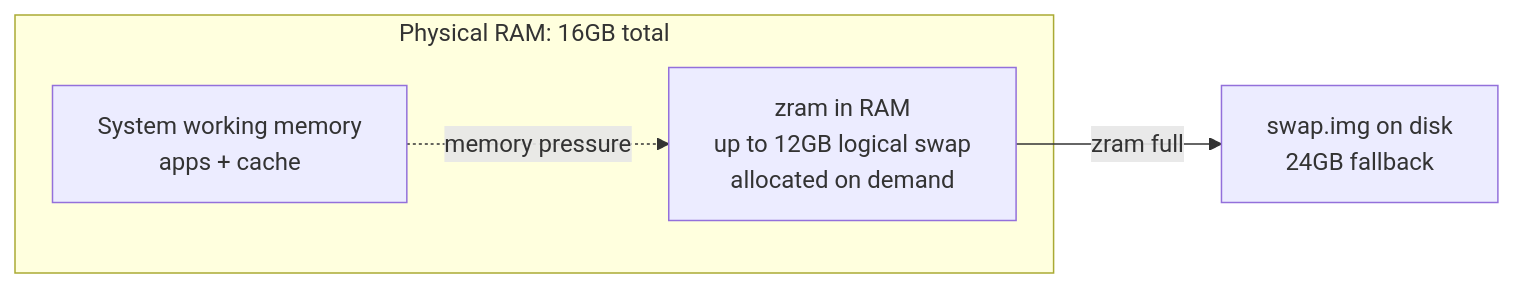
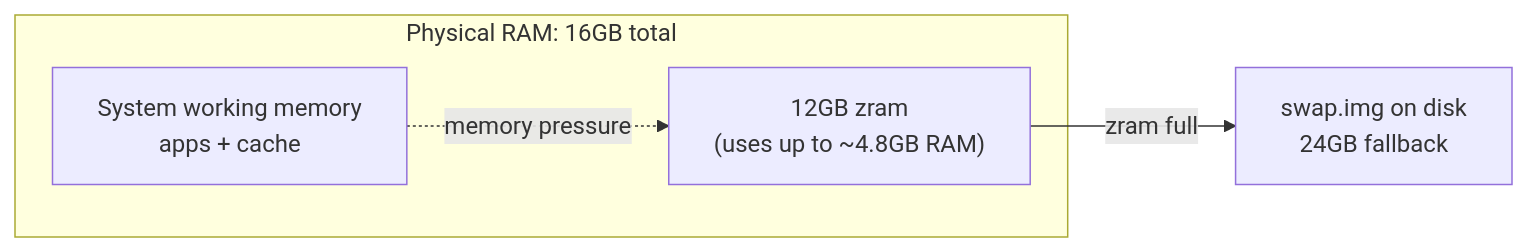
Before and after one commit to jlucas-oqc/playgound: the first of 2 diagrams in docs/swap_config.md, drawn with Mermaid. The commit also changed other lines of this file, not shown here.

Commit message:
docs: refine swap configuration guidance for large memory workloads

````diff
--- a/docs/swap_config.md
+++ b/docs/swap_config.md
@@ -22,10 +24,10 @@
 ```mermaid
 flowchart LR
     subgraph RAM16[Physical RAM: 16GB total]
         SYS16[System working memory<br/>apps + cache]
-        Z16[zram in RAM<br/>up to 12GB logical swap<br/>allocated on demand]
+        Z16["12GB zram<br/>(uses up to ~4.8GB RAM)"]
     end
 
     SYS16 -. memory pressure .-> Z16
     Z16 -->|zram full| D16[swap.img on disk<br/>24GB fallback]
 ```
````
